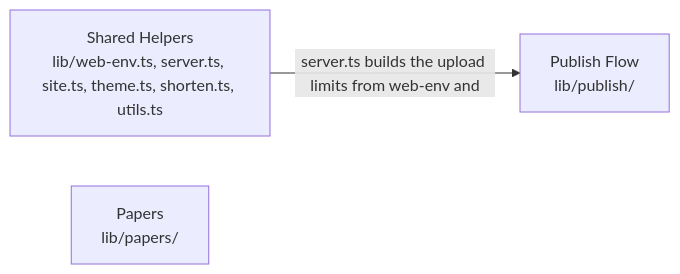
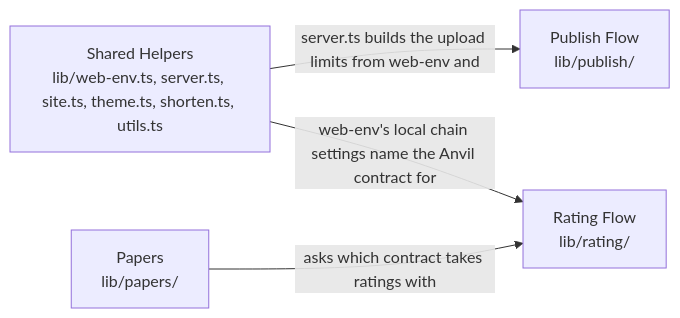
One commit to SiegfriedBz/labstrail changed the diagram in .omm/overall-architecture/web-app/lib/diagram.mmd. Above: the diagram before and after it, drawn with Mermaid. The commit also changed 170 other files, not shown here.

First line of the commit message:
feat(web): rate papers and follow their ratings from the site (#39)

```diff
--- a/.omm/overall-architecture/web-app/lib/diagram.mmd
+++ b/.omm/overall-architecture/web-app/lib/diagram.mmd
@@ -1,3 +1,4 @@
 graph LR
     helpers["Shared Helpers\nlib/web-env.ts, server.ts, site.ts, theme.ts, shorten.ts, utils.ts"] -->|"server.ts builds the upload limits from web-env and"| publish["Publish Flow\nlib/publish/"]
-    papers["Papers\nlib/papers/"]
+    helpers -->|"web-env's local chain settings name the Anvil contract for"| rating["Rating Flow\nlib/rating/"]
+    papers["Papers\nlib/papers/"] -->|"asks which contract takes ratings with"| rating
```
